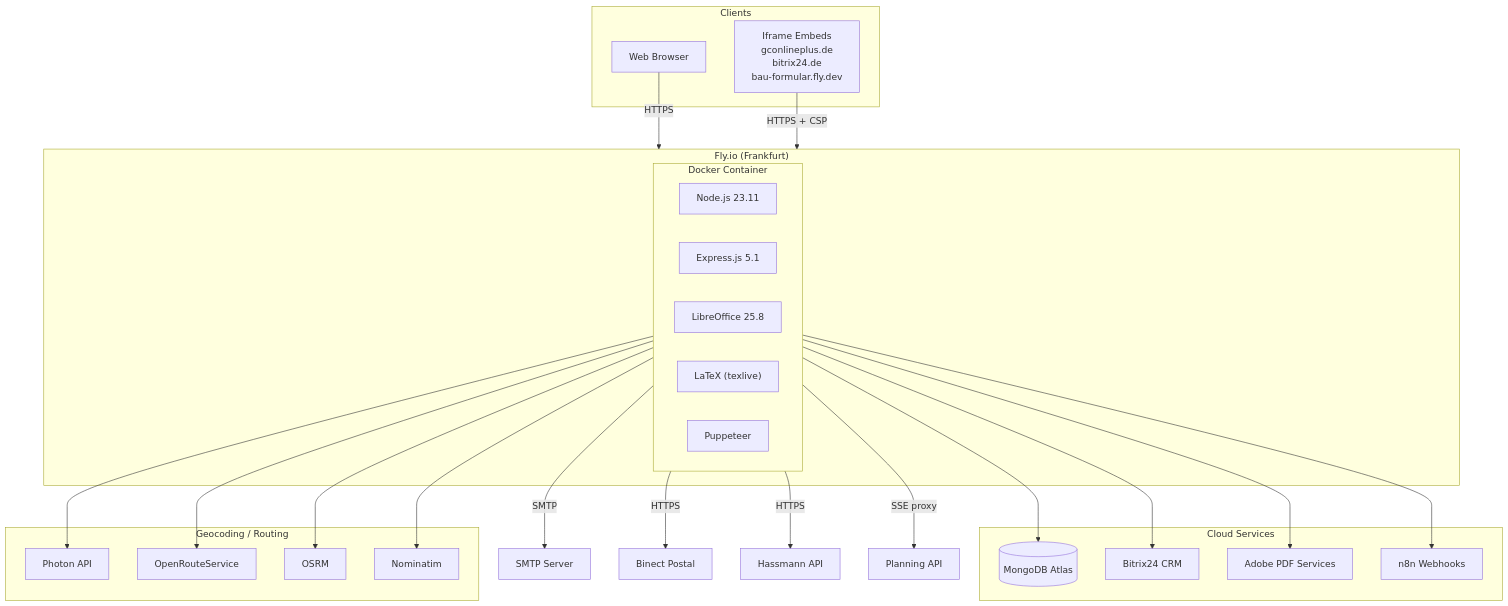
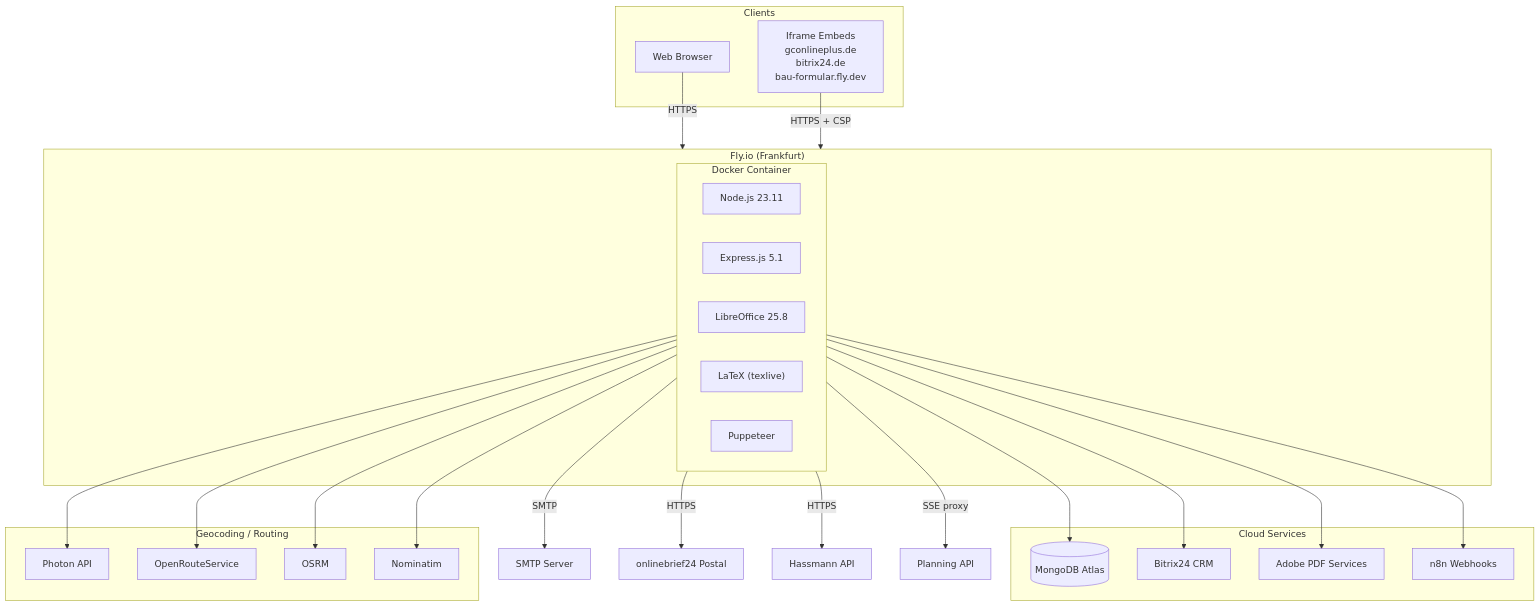
One commit to it-emc2/net-test changed diagram 15 of 18 in docs1/12-CHARTS.md. Above: the diagram before and after it, drawn with Mermaid. The commit also changed other lines of this file and 22 other files, not shown here.

````diff
--- a/docs1/12-CHARTS.md
+++ b/docs1/12-CHARTS.md
@@ -673,48 +673,48 @@
 ```mermaid
 graph TD
     subgraph Fly["Fly.io (Frankfurt)"]
         subgraph Docker["Docker Container"]
             NODE["Node.js 23.11"]
             EXPRESS["Express.js 5.1"]
             LIBRE["LibreOffice 25.8"]
             LATEX["LaTeX (texlive)"]
             PUPPETEER["Puppeteer"]
         end
     end
 
     subgraph Cloud["Cloud Services"]
         MONGO[(MongoDB Atlas)]
         BITRIX_C[Bitrix24 CRM]
         ADOBE_C[Adobe PDF Services]
         N8N_C[n8n Webhooks]
     end
 
     subgraph Geo["Geocoding / Routing"]
         PHOTON_C[Photon API]
         ORS_C[OpenRouteService]
         OSRM_C[OSRM]
         NOM_C[Nominatim]
     end
 
     subgraph Clients["Clients"]
         BROWSER[Web Browser]
         IFRAME["Iframe Embeds<br/>gconlineplus.de<br/>bitrix24.de<br/>bau-formular.fly.dev"]
     end
 
     BROWSER -->|"HTTPS"| Fly
     IFRAME -->|"HTTPS + CSP"| Fly
 
     Docker --> MONGO
     Docker --> BITRIX_C
     Docker --> ADOBE_C
     Docker --> N8N_C
     Docker --> PHOTON_C
     Docker --> ORS_C
     Docker --> OSRM_C
     Docker --> NOM_C
 
     Docker -->|"SMTP"| SMTP_C[SMTP Server]
-    Docker -->|"HTTPS"| BINECT_C[Binect Postal]
+    Docker -->|"HTTPS"| OB24_C[onlinebrief24 Postal]
     Docker -->|"HTTPS"| HASS_C[Hassmann API]
     Docker -->|"SSE proxy"| PLAN_C[Planning API]
 ```
````
